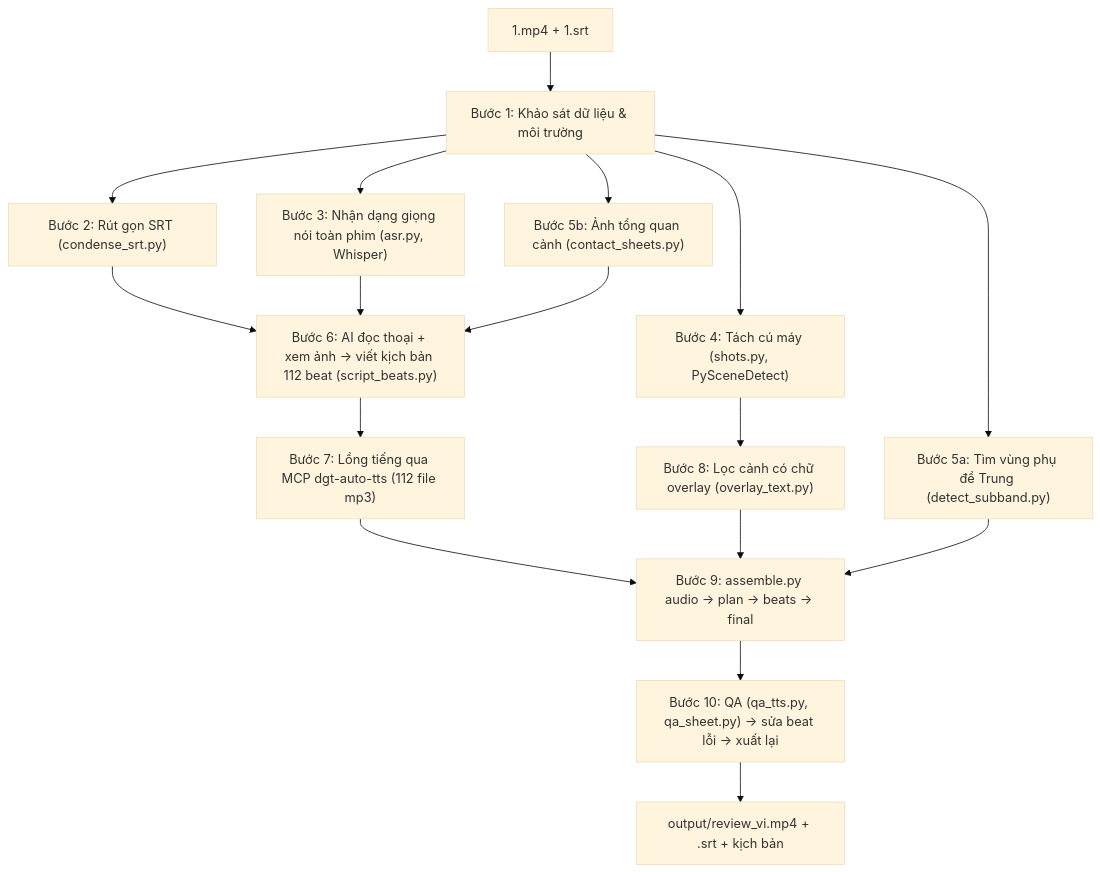
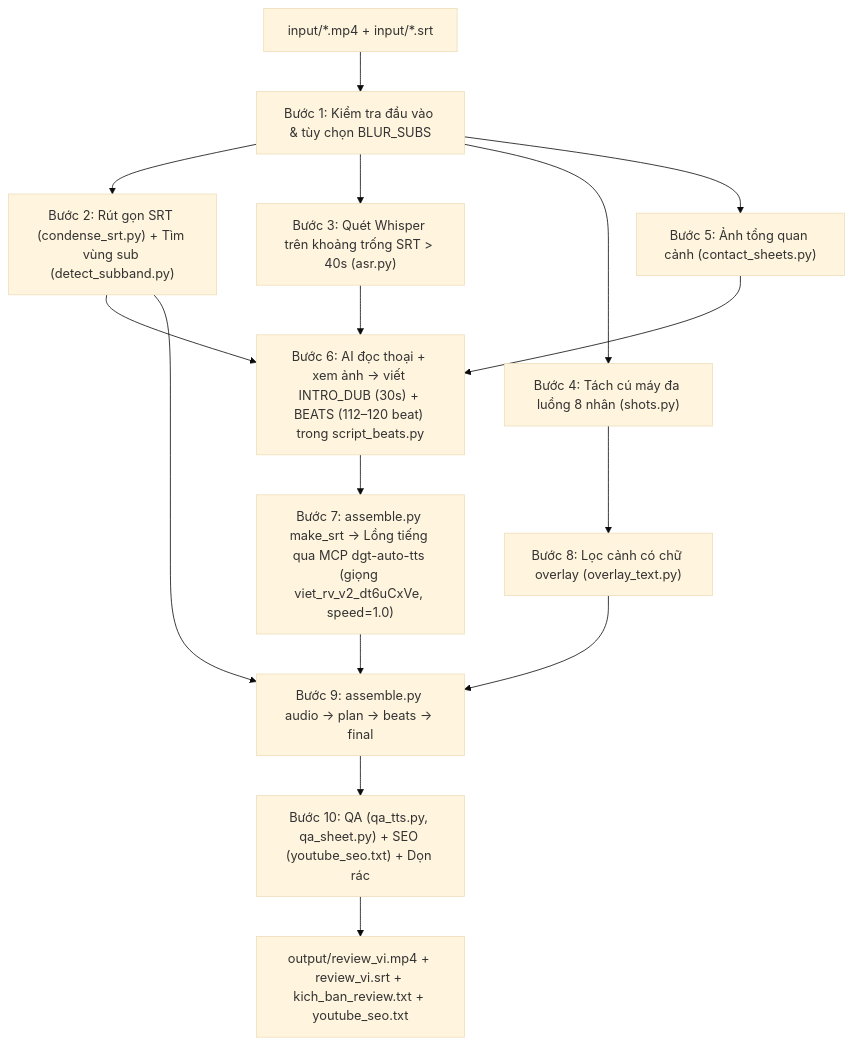
The first of 2 diagrams in README.md (toiladat/review_phim-), drawn with Mermaid (base theme) before and after one commit. The commit also changed other lines of this file and 2 other files, not shown here.

Commit message:
Lock in viet_rv_v2_dt6uCxVe voice sample and speed=1.0 natural TTS workflow

````diff
--- a/README.md
+++ b/README.md
@@ -34,19 +34,18 @@
 ```mermaid
 flowchart TD
-    A["1.mp4 + 1.srt"] --> B["Bước 1: Khảo sát dữ liệu & môi trường"]
-    B --> C["Bước 2: Rút gọn SRT (condense_srt.py)"]
-    B --> D["Bước 3: Nhận dạng giọng nói toàn phim (asr.py, Whisper)"]
-    B --> E["Bước 4: Tách cú máy (shots.py, PySceneDetect)"]
-    B --> F["Bước 5a: Tìm vùng phụ đề Trung (detect_subband.py)"]
-    B --> G["Bước 5b: Ảnh tổng quan cảnh (contact_sheets.py)"]
-    C --> H["Bước 6: AI đọc thoại + xem ảnh → viết kịch bản 112 beat (script_beats.py)"]
+    A["input/*.mp4 + input/*.srt"] --> B["Bước 1: Kiểm tra đầu vào & tùy chọn BLUR_SUBS"]
+    B --> C["Bước 2: Rút gọn SRT (condense_srt.py) + Tìm vùng sub (detect_subband.py)"]
+    B --> D["Bước 3: Quét Whisper trên khoảng trống SRT > 40s (asr.py)"]
+    B --> E["Bước 4: Tách cú máy đa luồng 8 nhân (shots.py)"]
+    B --> G["Bước 5: Ảnh tổng quan cảnh (contact_sheets.py)"]
+    C --> H["Bước 6: AI đọc thoại + xem ảnh → viết INTRO_DUB (30s) + BEATS (112–120 beat) trong script_beats.py"]
     D --> H
     G --> H
-    H --> I["Bước 7: Lồng tiếng qua MCP dgt-auto-tts (112 file mp3)"]
+    H --> I["Bước 7: assemble.py make_srt → Lồng tiếng qua MCP dgt-auto-tts (giọng viet_rv_v2_dt6uCxVe, speed=1.0)"]
     E --> J["Bước 8: Lọc cảnh có chữ overlay (overlay_text.py)"]
     I --> K["Bước 9: assemble.py audio → plan → beats → final"]
     J --> K
-    F --> K
-    K --> L["Bước 10: QA (qa_tts.py, qa_sheet.py) → sửa beat lỗi → xuất lại"]
-    L --> M["output/review_vi.mp4 + .srt + kịch bản"]
+    C --> K
+    K --> L["Bước 10: QA (qa_tts.py, qa_sheet.py) + SEO (youtube_seo.txt) + Dọn rác"]
+    L --> M["output/review_vi.mp4 + review_vi.srt + kich_ban_review.txt + youtube_seo.txt"]
 ```
````
